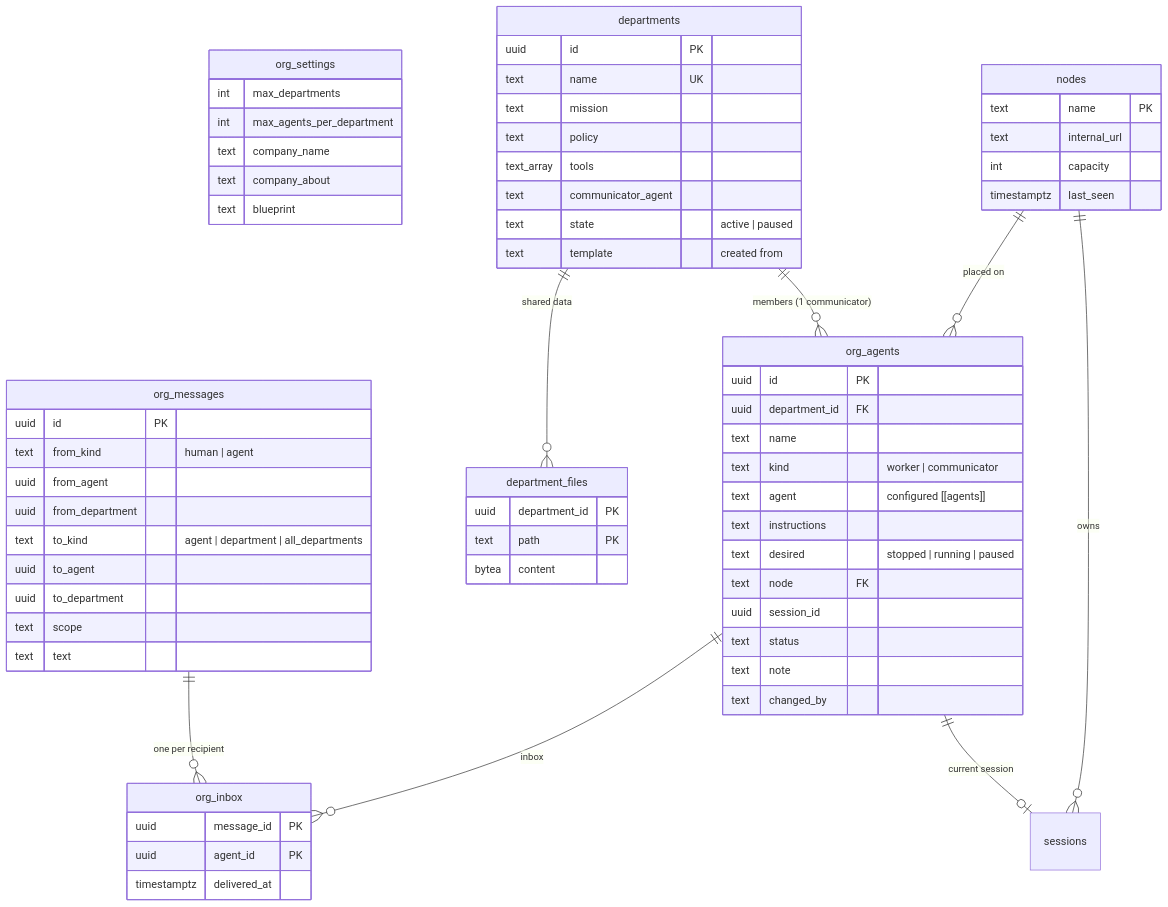
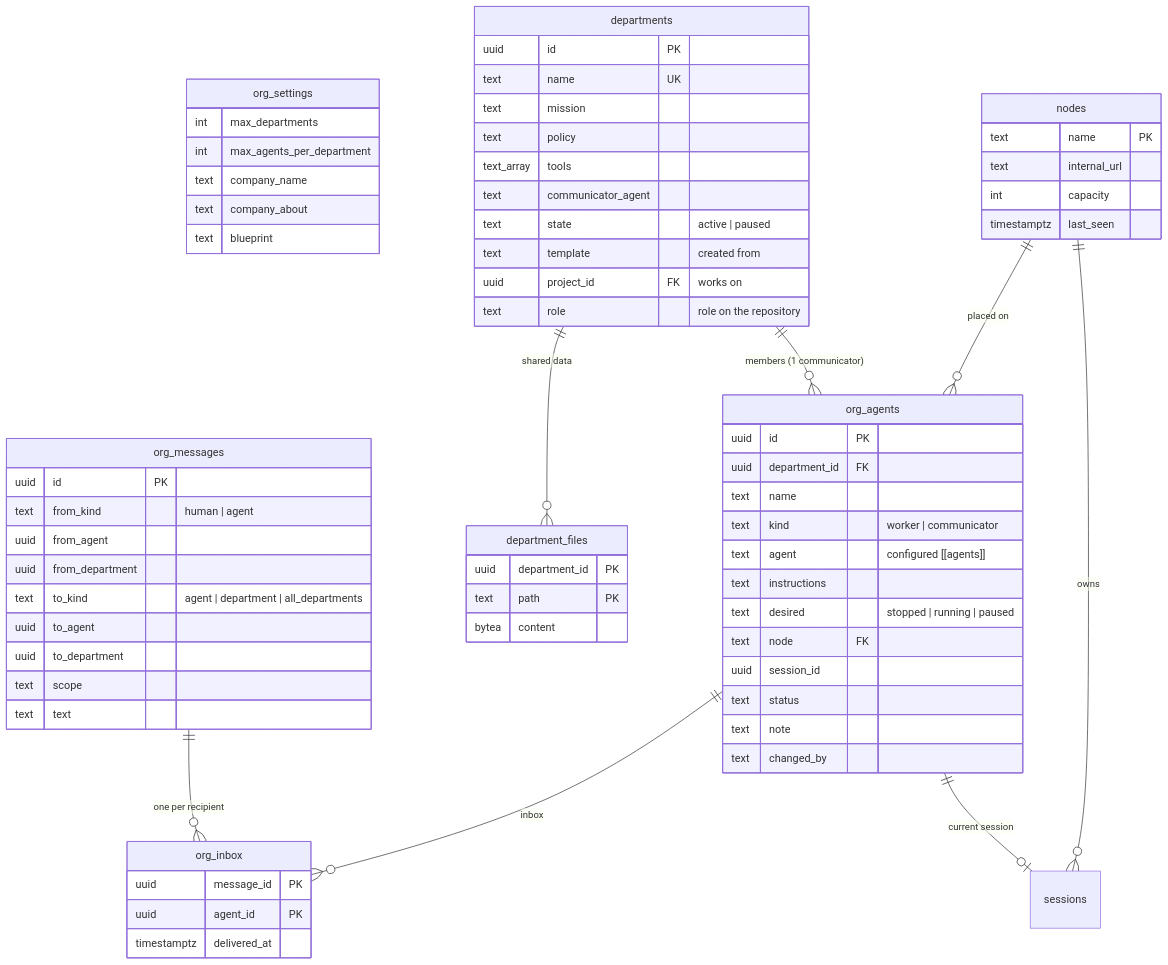
The ninth of 9 diagrams in docs/MULTI_AGENT.md (Jaelse/agentcore), drawn with Mermaid before and after one commit. The commit also changed other lines of this file and 22 other files, not shown here.

````diff
--- a/docs/MULTI_AGENT.md
+++ b/docs/MULTI_AGENT.md
@@ -449,69 +489,71 @@
 ```mermaid
 erDiagram
     org_settings {
         int max_departments
         int max_agents_per_department
         text company_name
         text company_about
         text blueprint
     }
     departments ||--o{ org_agents : "members (1 communicator)"
     departments ||--o{ department_files : "shared data"
     org_agents ||--o| sessions : "current session"
     org_messages ||--o{ org_inbox : "one per recipient"
     org_agents ||--o{ org_inbox : "inbox"
     nodes ||--o{ org_agents : "placed on"
     nodes ||--o{ sessions : "owns"
 
     departments {
         uuid id PK
         text name UK
         text mission
         text policy
         text_array tools
         text communicator_agent
         text state "active | paused"
         text template "created from"
+        uuid project_id FK "works on"
+        text role "role on the repository"
     }
     org_agents {
         uuid id PK
         uuid department_id FK
         text name
         text kind "worker | communicator"
         text agent "configured [[agents]]"
         text instructions
         text desired "stopped | running | paused"
         text node FK
         uuid session_id
         text status
         text note
         text changed_by
     }
     org_messages {
         uuid id PK
         text from_kind "human | agent"
         uuid from_agent
         uuid from_department
         text to_kind "agent | department | all_departments"
         uuid to_agent
         uuid to_department
         text scope
         text text
     }
     org_inbox {
         uuid message_id PK
         uuid agent_id PK
         timestamptz delivered_at
     }
     department_files {
         uuid department_id PK
         text path PK
         bytea content
     }
     nodes {
         text name PK
         text internal_url
         int capacity
         timestamptz last_seen
     }
 ```
````
